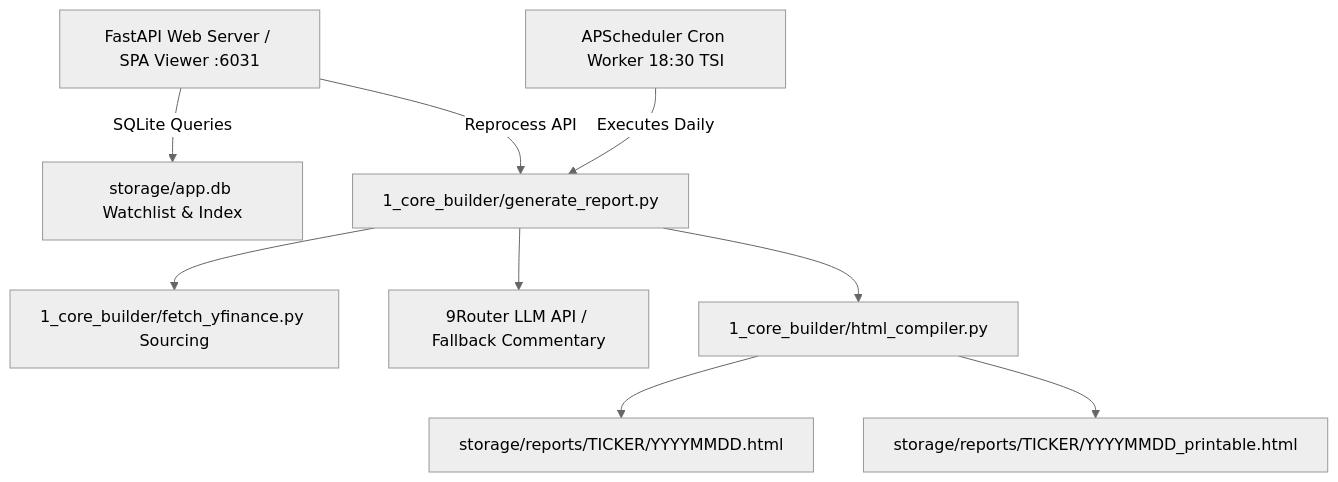
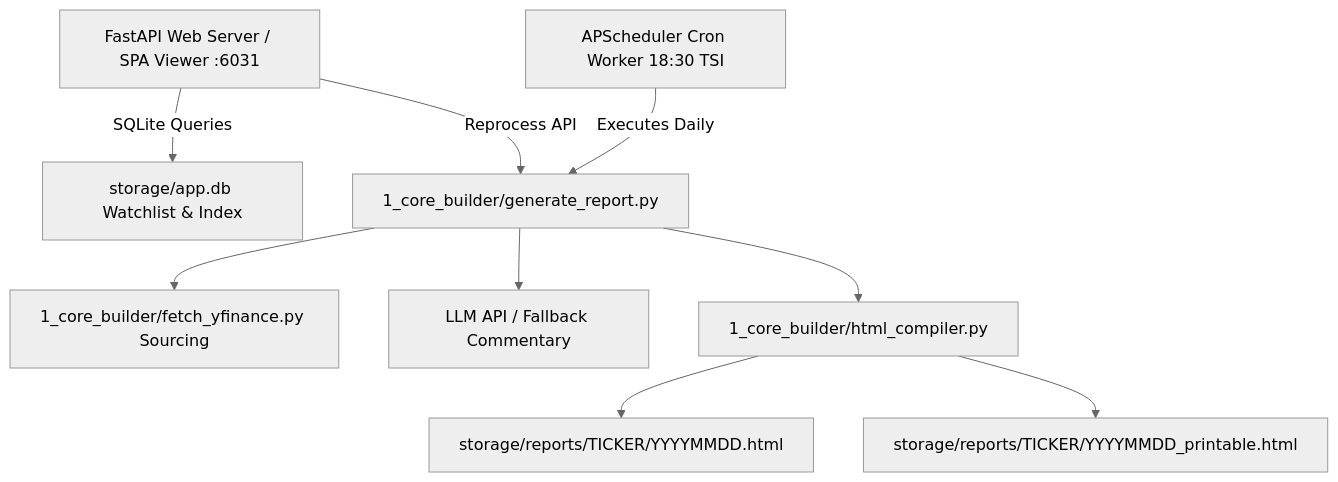
One commit to dturkuler/stock-analyzer-app changed the diagram in README.md. Above: the diagram before and after it, drawn with Mermaid (neutral theme). The commit also changed other lines of this file, not shown here.

````diff
--- a/README.md
+++ b/README.md
@@ -58,11 +57,11 @@
 ```mermaid
 graph TD
     A[FastAPI Web Server / SPA Viewer :6031] -->|SQLite Queries| B[storage/app.db Watchlist & Index]
     C[APScheduler Cron Worker 18:30 TSI] -->|Executes Daily| D[1_core_builder/generate_report.py]
     A -->|Reprocess API| D
     D --> E[1_core_builder/fetch_yfinance.py Sourcing]
-    D --> F[9Router LLM API / Fallback Commentary]
+    D --> F[LLM API / Fallback Commentary]
     D --> G[1_core_builder/html_compiler.py]
     G --> H[storage/reports/TICKER/YYYYMMDD.html]
     G --> I[storage/reports/TICKER/YYYYMMDD_printable.html]
 ```
````
